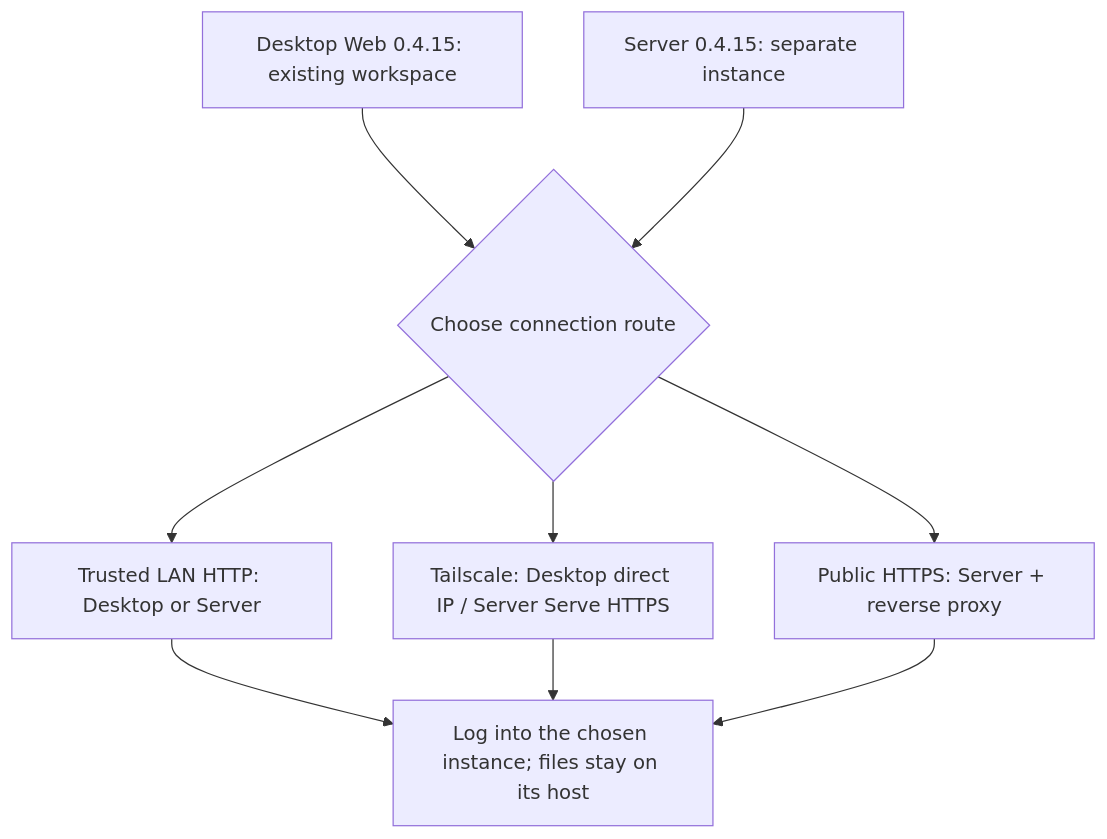
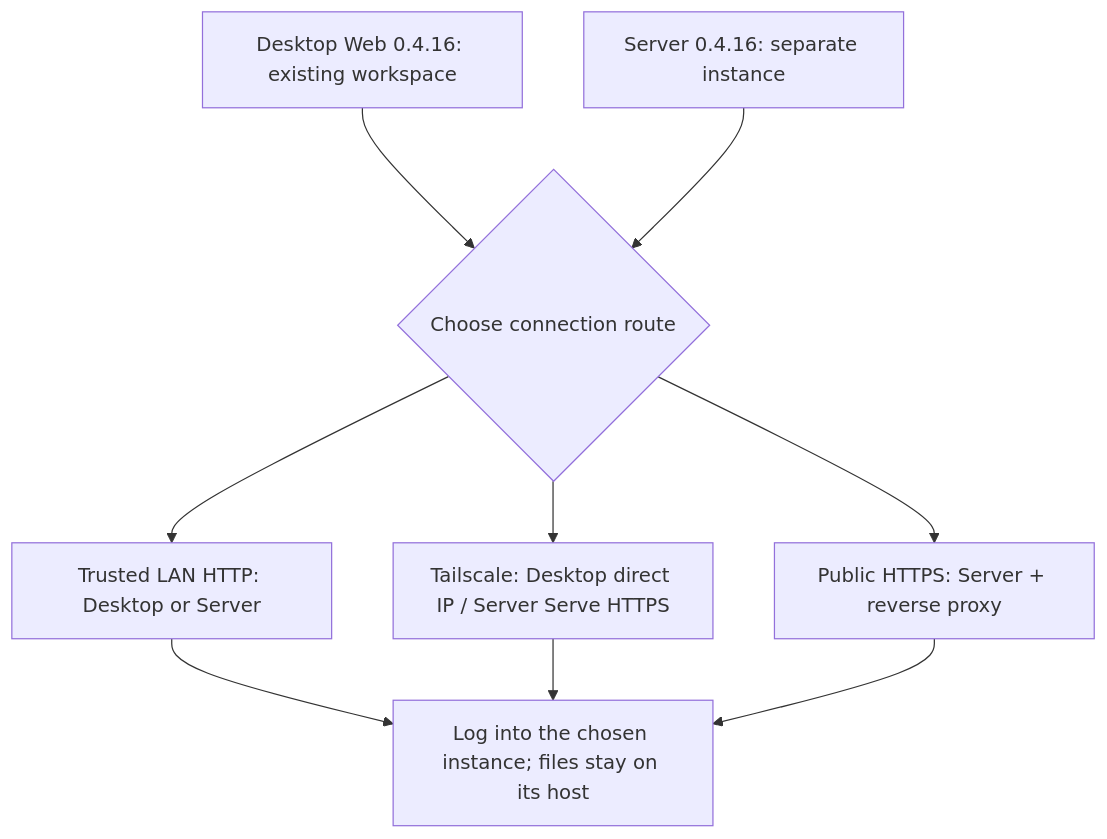
Before and after one commit to 123eyu/rovai-ai: the diagram in website/site/public/assets/diagrams/deployment-choice-en.mmd, drawn with Mermaid. The commit also changed 11 other files, not shown here.

```diff
--- a/website/site/public/assets/diagrams/deployment-choice-en.mmd
+++ b/website/site/public/assets/diagrams/deployment-choice-en.mmd
@@ -1,12 +1,12 @@
 flowchart TB
-  desktop["Desktop Web 0.4.15: existing workspace"]
-  server["Server 0.4.15: separate instance"]
+  desktop["Desktop Web 0.4.16: existing workspace"]
+  server["Server 0.4.16: separate instance"]
   choice{"Choose connection route"}
   desktop --> choice
   server --> choice
   choice --> lan["Trusted LAN HTTP: Desktop or Server"]
   choice --> ts["Tailscale: Desktop direct IP / Server Serve HTTPS"]
   choice --> public["Public HTTPS: Server + reverse proxy"]
   lan --> login["Log into the chosen instance; files stay on its host"]
   ts --> login
   public --> login
```
